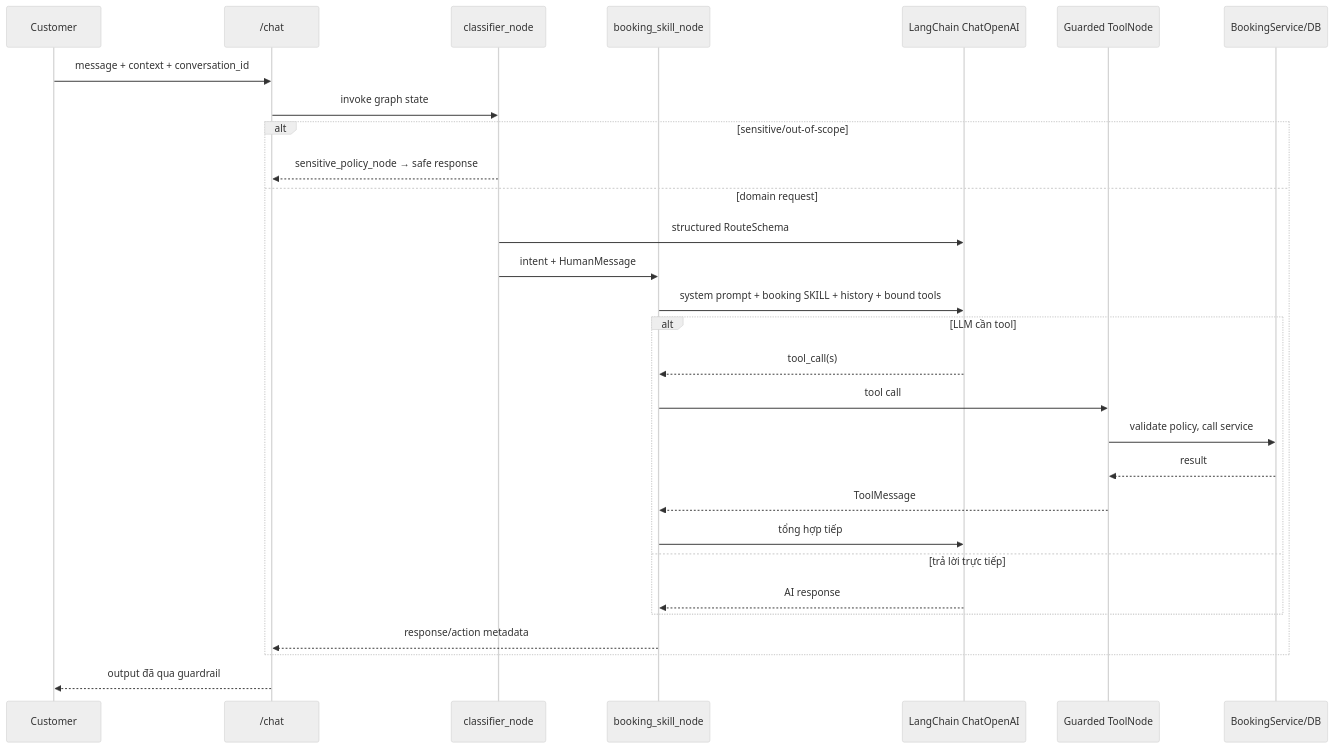
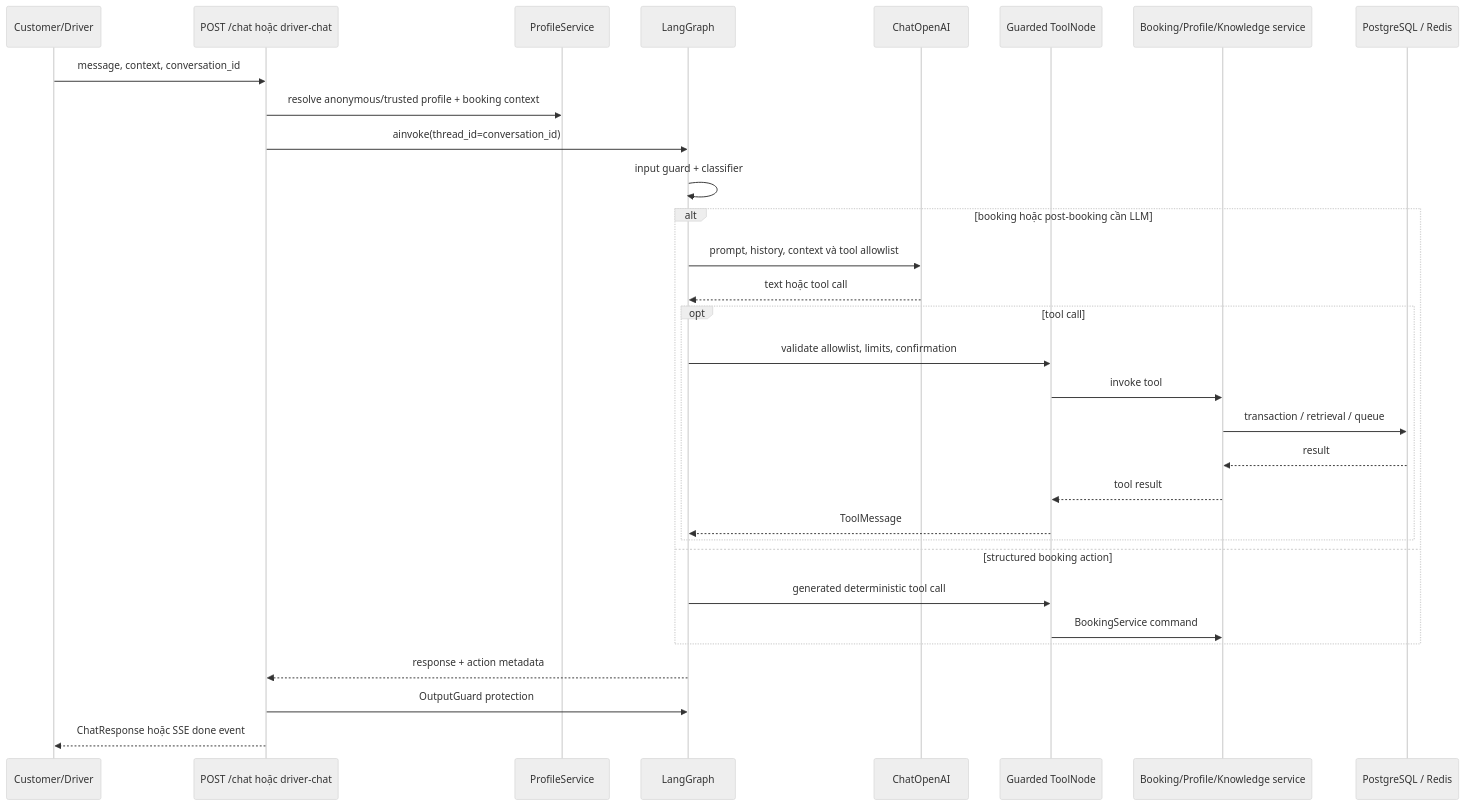
Before and after one commit to haichauht/vinfast-test-drive-booking: the sixth of 8 diagrams in ARCHITECTURE.md, drawn with Mermaid (neutral theme). The commit also changed other lines of this file and 3 other files, not shown here.

Commit message:
fix: booking detail is a popup window, draft booking cant get booking profile

````diff
--- a/ARCHITECTURE.md
+++ b/ARCHITECTURE.md
@@ -296,31 +193,33 @@
 ```mermaid
 sequenceDiagram
-    participant C as Customer
-    participant A as /chat
-    participant CL as classifier_node
-    participant BS as booking_skill_node
-    participant L as LangChain ChatOpenAI
-    participant TN as Guarded ToolNode
-    participant D as BookingService/DB
-    C->>A: message + context + conversation_id
-    A->>CL: invoke graph state
-    alt sensitive/out-of-scope
-        CL-->>A: sensitive_policy_node → safe response
-    else domain request
-        CL->>L: structured RouteSchema
-        CL->>BS: intent + HumanMessage
-        BS->>L: system prompt + booking SKILL + history + bound tools
-        alt LLM cần tool
-            L-->>BS: tool_call(s)
-            BS->>TN: tool call
-            TN->>D: validate policy, call service
-            D-->>TN: result
-            TN-->>BS: ToolMessage
-            BS->>L: tổng hợp tiếp
-        else trả lời trực tiếp
-            L-->>BS: AI response
+    participant C as Customer/Driver
+    participant API as POST /chat hoặc driver-chat
+    participant P as ProfileService
+    participant G as LangGraph
+    participant L as ChatOpenAI
+    participant TG as Guarded ToolNode
+    participant S as Booking/Profile/Knowledge service
+    participant DB as PostgreSQL / Redis
+    C->>API: message, context, conversation_id
+    API->>P: resolve anonymous/trusted profile + booking context
+    API->>G: ainvoke(thread_id=conversation_id)
+    G->>G: input guard + classifier
+    alt booking hoặc post-booking cần LLM
+        G->>L: prompt, history, context và tool allowlist
+        L-->>G: text hoặc tool call
+        opt tool call
+            G->>TG: validate allowlist, limits, confirmation
+            TG->>S: invoke tool
+            S->>DB: transaction / retrieval / queue
+            DB-->>S: result
+            S-->>TG: tool result
+            TG-->>G: ToolMessage
         end
-        BS-->>A: response/action metadata
+    else structured booking action
+        G->>TG: generated deterministic tool call
+        TG->>S: BookingService command
     end
-    A-->>C: output đã qua guardrail
+    G-->>API: response + action metadata
+    API->>G: OutputGuard protection
+    API-->>C: ChatResponse hoặc SSE done event
 ```
````
